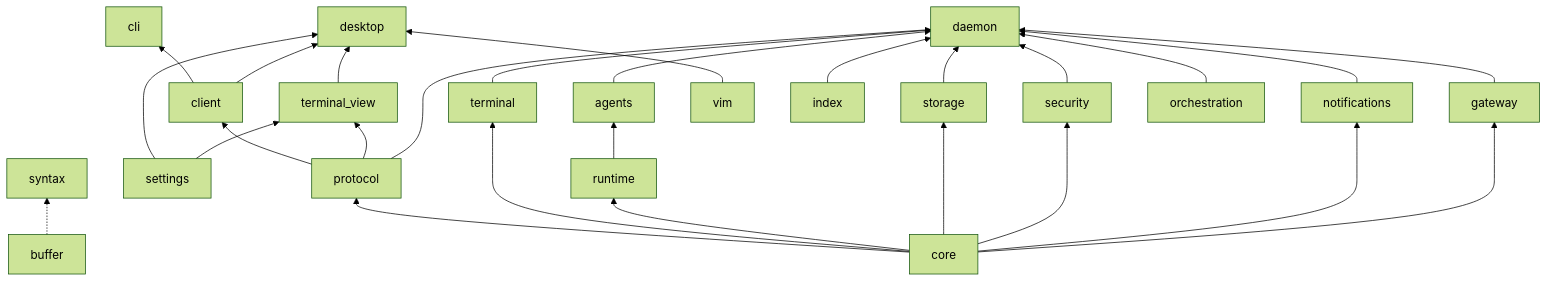
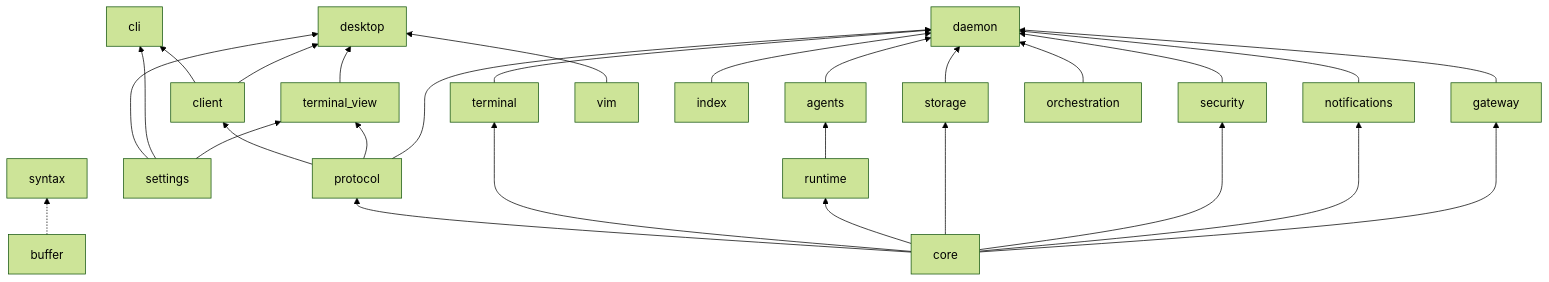
One commit to robertt3kuk/hutan changed the second of 6 diagrams in docs/architecture.md. Above: the diagram before and after it, drawn with Mermaid (forest theme). The commit also changed other lines of this file and 35 other files, not shown here.

Commit message:
feat(desktop,cli,settings): theme and icon pickers with reversible preview, Problems, local hutan theme ls|validate|new|export (TH-3)

````diff
--- a/docs/architecture.md
+++ b/docs/architecture.md
@@ -58,19 +58,20 @@
 ```mermaid
 flowchart BT
   core --> protocol
   protocol --> client
   client --> cli
   client --> desktop
   protocol --> terminal_view --> desktop
   settings --> desktop
+  settings --> cli
   settings --> terminal_view
   core --> terminal & runtime & storage & security & notifications
   buffer
   buffer -.-> syntax
   vim --> desktop
   index --> daemon
   runtime --> agents
   core --> gateway
   terminal & agents & gateway & storage & security & notifications & orchestration --> daemon
   protocol --> daemon
 ```
````
